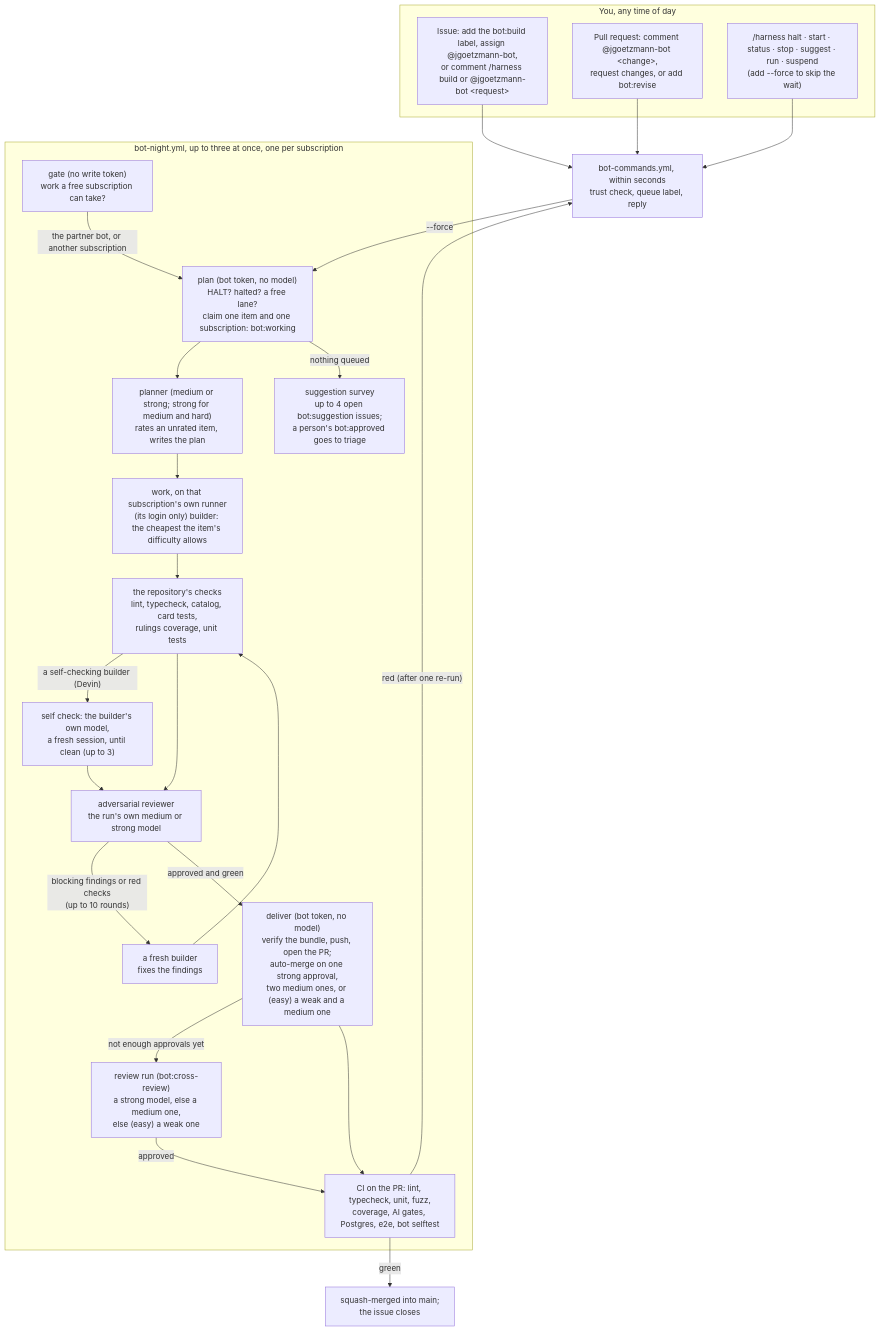
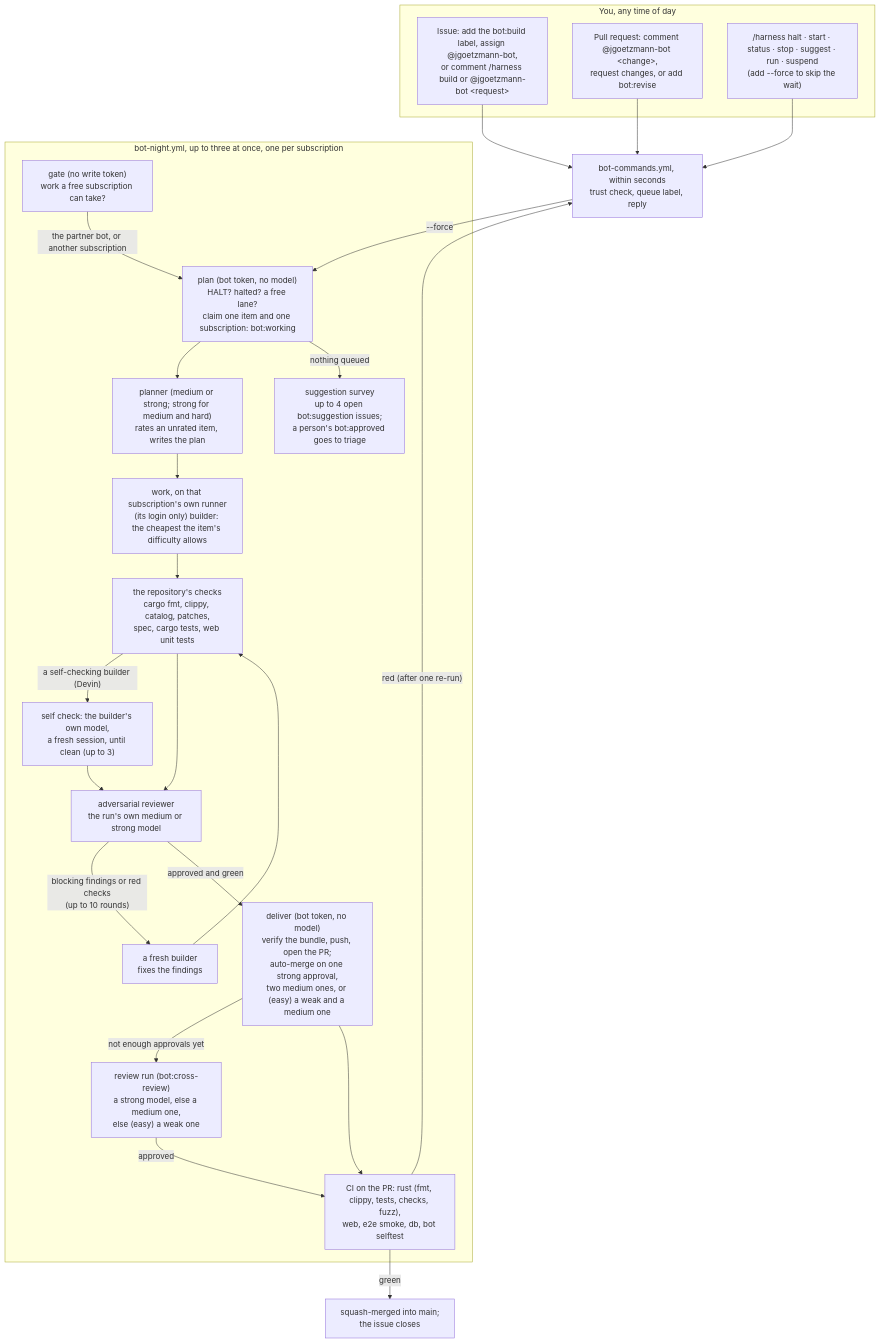
Before and after one commit to Jlore-Studios/JackiOh: the diagram in bot/README.md, drawn with Mermaid. The commit also changed other lines of this file and 5 other files, not shown here.

````diff
--- a/bot/README.md
+++ b/bot/README.md
@@ -27,33 +28,33 @@
 ```mermaid
 flowchart TD
   subgraph you["You, any time of day"]
     I["Issue: add the bot:build label, assign @jgoetzmann-bot,<br/>or comment /harness build or @jgoetzmann-bot &lt;request&gt;"]
     P["Pull request: comment @jgoetzmann-bot &lt;change&gt;,<br/>request changes, or add bot:revise"]
     K["/harness halt · start · status · stop · suggest · run · suspend<br/>(add --force to skip the wait)"]
   end
   I --> E
   P --> E
   K --> E
   E["bot-commands.yml, within seconds<br/>trust check, queue label, reply"]
   E -- "--force" --> PL
   subgraph night["bot-night.yml, up to three at once, one per subscription"]
     GA["gate (no write token)<br/>work a free subscription can take?"]
     GA -- "the partner bot, or another subscription" --> PL
     PL["plan (bot token, no model)<br/>HALT? halted? a free lane?<br/>claim one item and one subscription: bot:working"]
     PL --> PN["planner (medium or strong; strong for medium and hard)<br/>rates an unrated item, writes the plan"]
     PN --> B["work, on that subscription's own runner<br/>(its login only) builder: the cheapest the item's difficulty allows"]
-    B --> G["the repository's checks<br/>lint, typecheck, catalog, card tests,<br/>rulings coverage, unit tests"]
+    B --> G["the repository's checks<br/>cargo fmt, clippy, catalog, patches,<br/>spec, cargo tests, web unit tests"]
     G -- "a self-checking builder (Devin)" --> SC["self check: the builder's own model,<br/>a fresh session, until clean (up to 3)"]
     SC --> R
     G --> R["adversarial reviewer<br/>the run's own medium or strong model"]
     R -- "blocking findings or red checks<br/>(up to 10 rounds)" --> F["a fresh builder<br/>fixes the findings"]
     F --> G
     R -- "approved and green" --> D["deliver (bot token, no model)<br/>verify the bundle, push, open the PR;<br/>auto-merge on one strong approval,<br/>two medium ones, or (easy) a weak and a medium one"]
     D -- "not enough approvals yet" --> X["review run (bot:cross-review)<br/>a strong model, else a medium one,<br/>else (easy) a weak one"]
     X -- "approved" --> CI
     PL -- "nothing queued" --> S["suggestion survey<br/>up to 4 open bot:suggestion issues;<br/>a person's bot:approved goes to triage"]
   end
-  D --> CI["CI on the PR: lint, typecheck, unit, fuzz,<br/>coverage, AI gates, Postgres, e2e, bot selftest"]
+  D --> CI["CI on the PR: rust (fmt, clippy, tests, checks, fuzz),<br/>web, e2e smoke, db, bot selftest"]
   CI -- "green" --> M["squash-merged into main;<br/>the issue closes"]
   CI -- "red (after one re-run)" --> E
 ```
````
